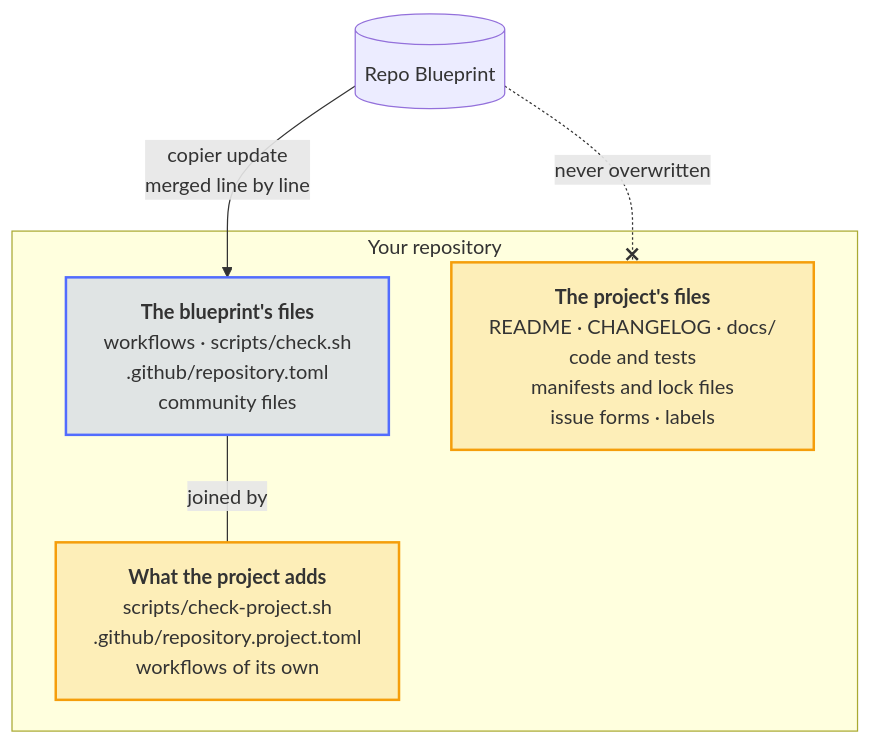
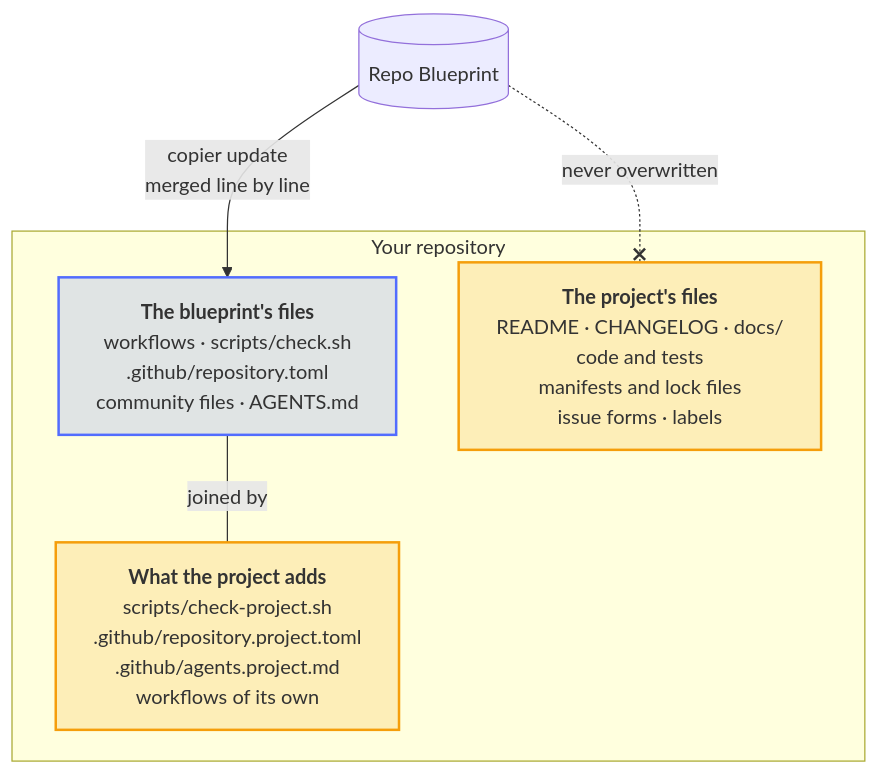
One commit to Dennis-Otto/repo-blueprint changed the diagram in docs/diagrams/what-belongs-to-the-blueprint-and-what-to-the-project.mmd. Above: the diagram before and after it, drawn with Mermaid. The commit also changed 23 other files, not shown here.

First line of the commit message:
feat: AGENTS.md for coding agents in every repository (#178)

```diff
--- a/docs/diagrams/what-belongs-to-the-blueprint-and-what-to-the-project.mmd
+++ b/docs/diagrams/what-belongs-to-the-blueprint-and-what-to-the-project.mmd
@@ -1,25 +1,25 @@
 ---
 config:
   flowchart:
     wrappingWidth: 400
 ---
 flowchart TB
     accTitle: What belongs to the blueprint and what to the project
-    accDescr: copier update brings the changes of the blueprint's files, merged line by line with the changes of the repository, and never overwrites the files of the project. A project adds checks, settings and workflows of its own beside those of the blueprint.
+    accDescr: copier update brings the changes of the blueprint's files, merged line by line with the changes of the repository, and never overwrites the files of the project. A project adds checks, settings, notes for coding agents and workflows of its own beside those of the blueprint.
 
     blueprint[("Repo Blueprint")]
 
     subgraph repo ["Your repository"]
-        theirs["`**The blueprint's files**<br>workflows · scripts/check.sh<br>.github/repository.toml<br>community files`"]
+        theirs["`**The blueprint's files**<br>workflows · scripts/check.sh<br>.github/repository.toml<br>community files · AGENTS.md`"]
         mine["`**The project's files**<br>README · CHANGELOG · docs/<br>code and tests<br>manifests and lock files<br>issue forms · labels`"]
-        adds["`**What the project adds**<br>scripts/check-project.sh<br>.github/repository.project.toml<br>workflows of its own`"]
+        adds["`**What the project adds**<br>scripts/check-project.sh<br>.github/repository.project.toml<br>.github/agents.project.md<br>workflows of its own`"]
     end
 
     blueprint -- "copier update<br>merged line by line" --> theirs
     blueprint -. "never overwritten" .-x mine
     theirs -- "joined by" --- adds
 
     classDef bot fill:#526cfe2e,stroke:#526cfe,stroke-width:2px
     classDef person fill:#f59e0b2e,stroke:#f59e0b,stroke-width:2px
     class theirs bot
     class mine,adds person
```
